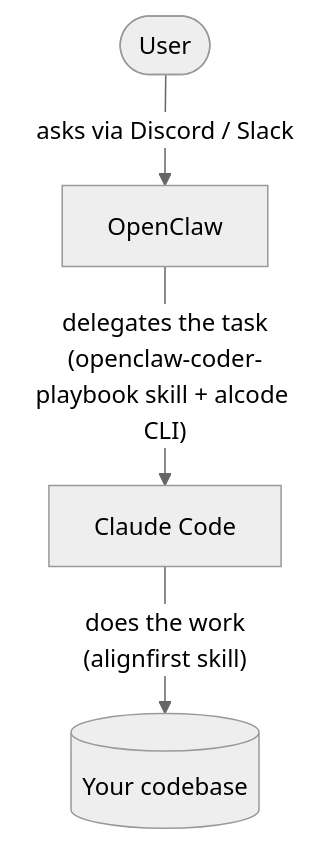
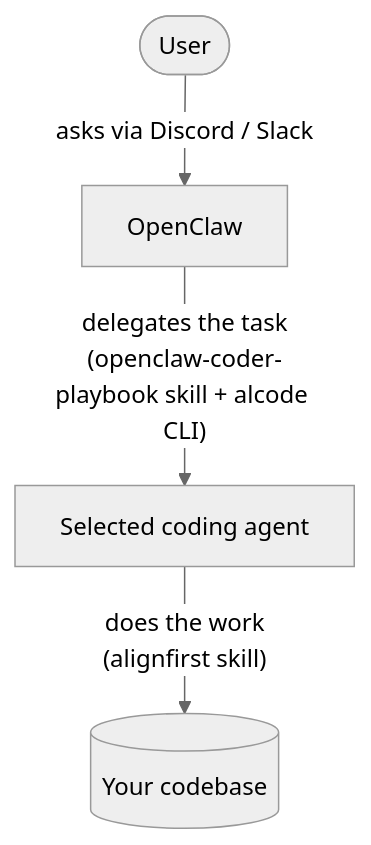
One commit to paleo/alignfirst changed the diagram in openclaw-coder/README.md. Above: the diagram before and after it, drawn with Mermaid (neutral theme). The commit also changed other lines of this file and 60 other files, not shown here.

````diff
--- a/openclaw-coder/README.md
+++ b/openclaw-coder/README.md
@@ -12,6 +12,6 @@
 ```mermaid
 flowchart TD
   U([User]) -->|"asks via Discord / Slack"| O[OpenClaw]
-  O -->|"delegates the task<br/>(openclaw-coder-playbook skill + alcode CLI)"| CC[Claude Code]
-  CC -->|"does the work<br/>(alignfirst skill)"| FS[(Your codebase)]
+  O -->|"delegates the task<br/>(openclaw-coder-playbook skill + alcode CLI)"| CA[Selected coding agent]
+  CA -->|"does the work<br/>(alignfirst skill)"| FS[(Your codebase)]
 ```
````
